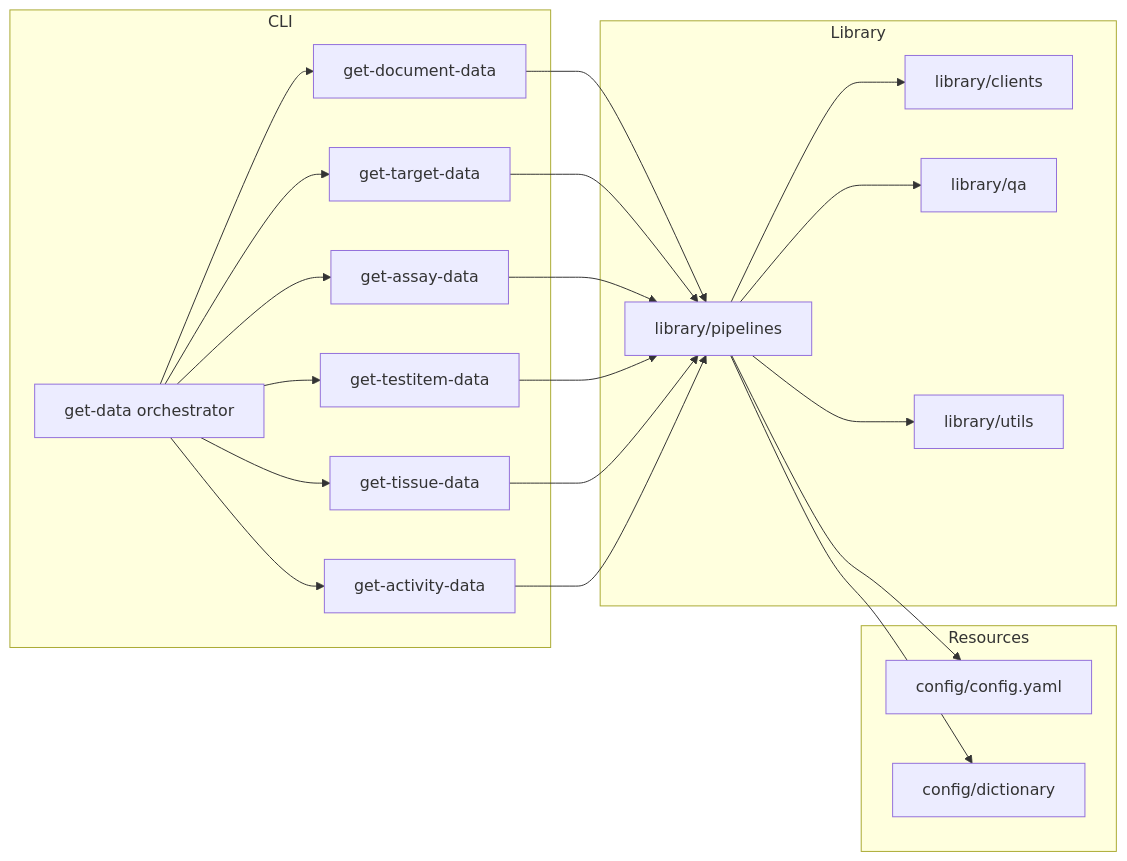
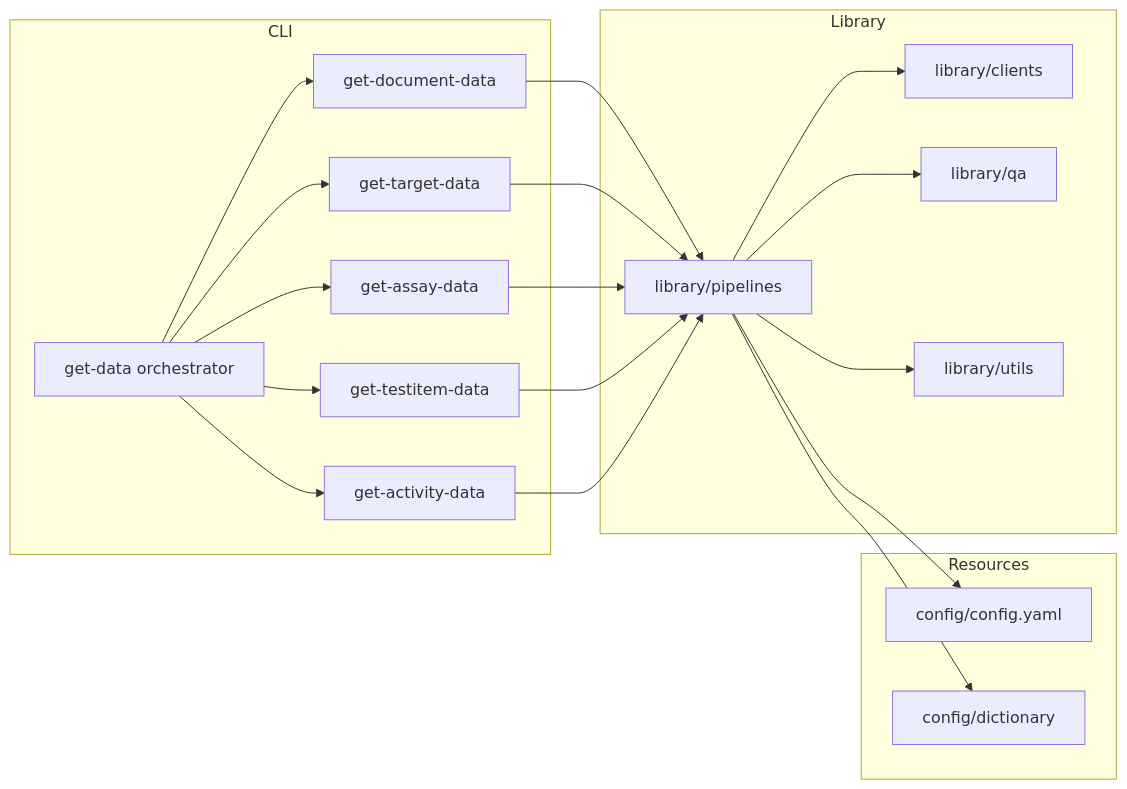
One commit to SatoryKono/ChEMBL_data_acquisition changed the diagram in docs/en/architecture/ARCHITECTURE.md. Above: the diagram before and after it, drawn with Mermaid. The commit also changed other lines of this file and 4 other files, not shown here.

````diff
--- a/docs/en/architecture/ARCHITECTURE.md
+++ b/docs/en/architecture/ARCHITECTURE.md
@@ -3,30 +3,29 @@
 ```mermaid
 flowchart LR
     subgraph CLI
         A1[get-document-data]
         A2[get-target-data]
         A3[get-assay-data]
         A4[get-testitem-data]
-        A5[get-tissue-data]
-        A6[get-activity-data]
+        A5[get-activity-data]
         A0[get-data orchestrator]
     end
     subgraph Library
         B1[library/clients]
         B2[library/pipelines]
         B3[library/qa]
         B4[library/utils]
     end
     subgraph Resources
         C1[config/config.yaml]
         C2[config/dictionary]
     end
 
-    A0 --> A1 & A2 & A3 & A4 & A5 & A6
-    A1 & A2 & A3 & A4 & A5 & A6 --> B2
+    A0 --> A1 & A2 & A3 & A4 & A5
+    A1 & A2 & A3 & A4 & A5 --> B2
     B2 --> B1
     B2 --> B3
     B2 --> B4
     B2 --> C1
     B2 --> C2
 ```
````
